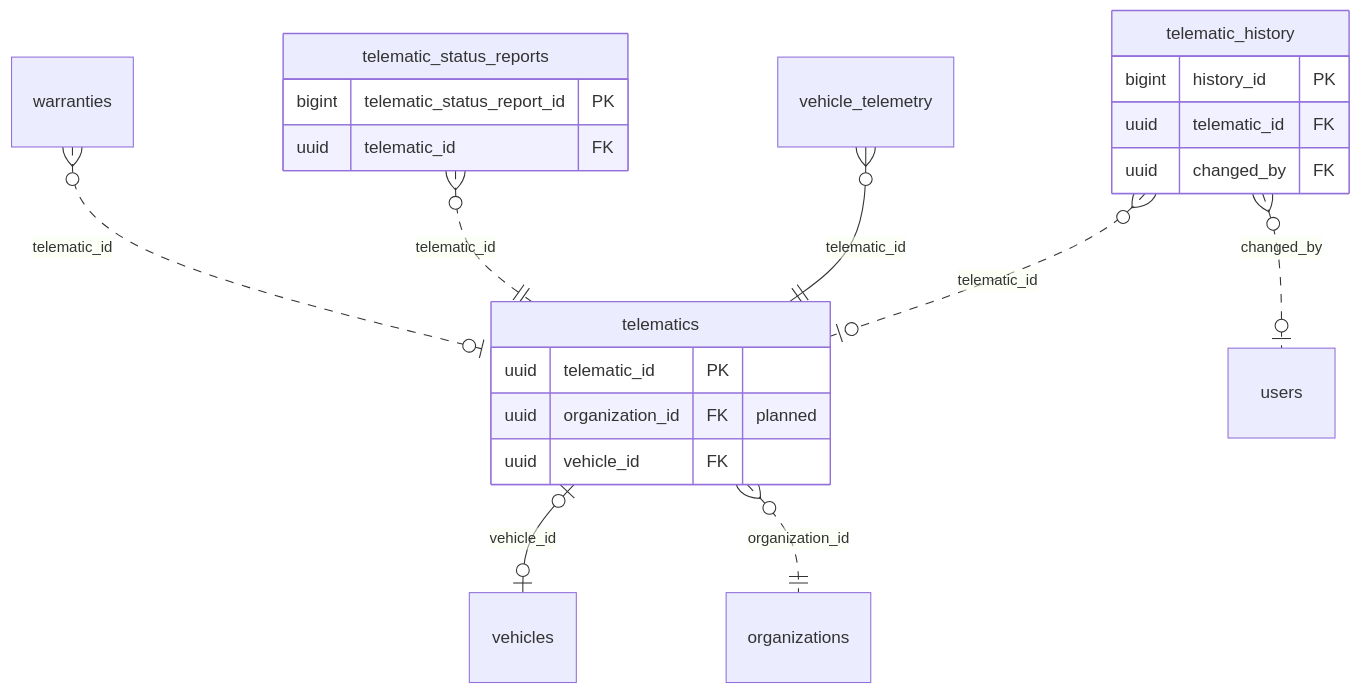
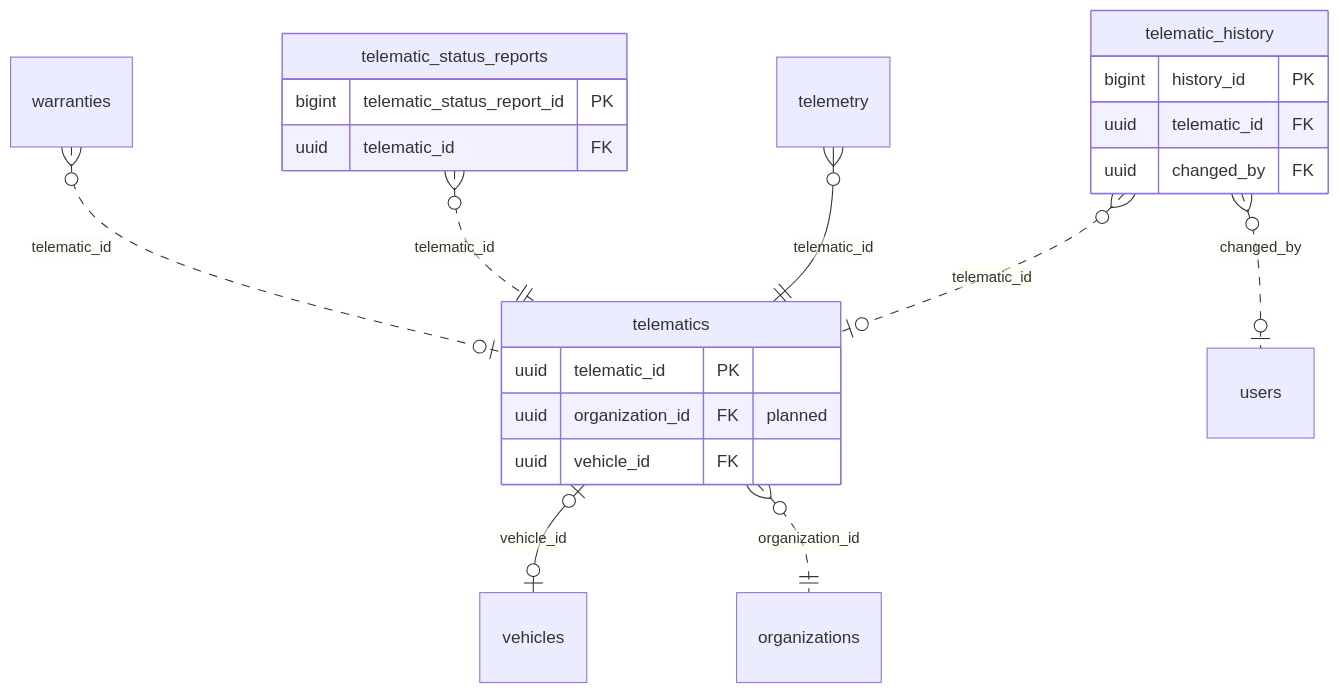
The diagram in docs/design/domain-model/domains/telematics.md (yolo-coccoc/G3Network-app), drawn with Mermaid before and after one commit. The commit also changed other lines of this file and 8 other files, not shown here.

First line of the commit message:
docs(domain-model): rename vehicle_telemetry to telemetry

````diff
--- a/docs/design/domain-model/domains/telematics.md
+++ b/docs/design/domain-model/domains/telematics.md
@@ -16,24 +16,24 @@
 ```mermaid
 erDiagram
   telematics {
     uuid telematic_id PK
     uuid organization_id FK "planned"
     uuid vehicle_id FK
   }
   telematic_history {
     bigint history_id PK
     uuid telematic_id FK
     uuid changed_by FK
   }
   telematic_status_reports {
     bigint telematic_status_report_id PK
     uuid telematic_id FK
   }
   warranties }o..o| telematics : "telematic_id"
   telematics |o--o| vehicles : "vehicle_id"
   telematics }o..|| organizations : "organization_id"
   telematic_status_reports }o..|| telematics : "telematic_id"
-  vehicle_telemetry }o--|| telematics : "telematic_id"
+  telemetry }o--|| telematics : "telematic_id"
   telematic_history }o..o| telematics : "telematic_id"
   telematic_history }o..o| users : "changed_by"
 ```
````
